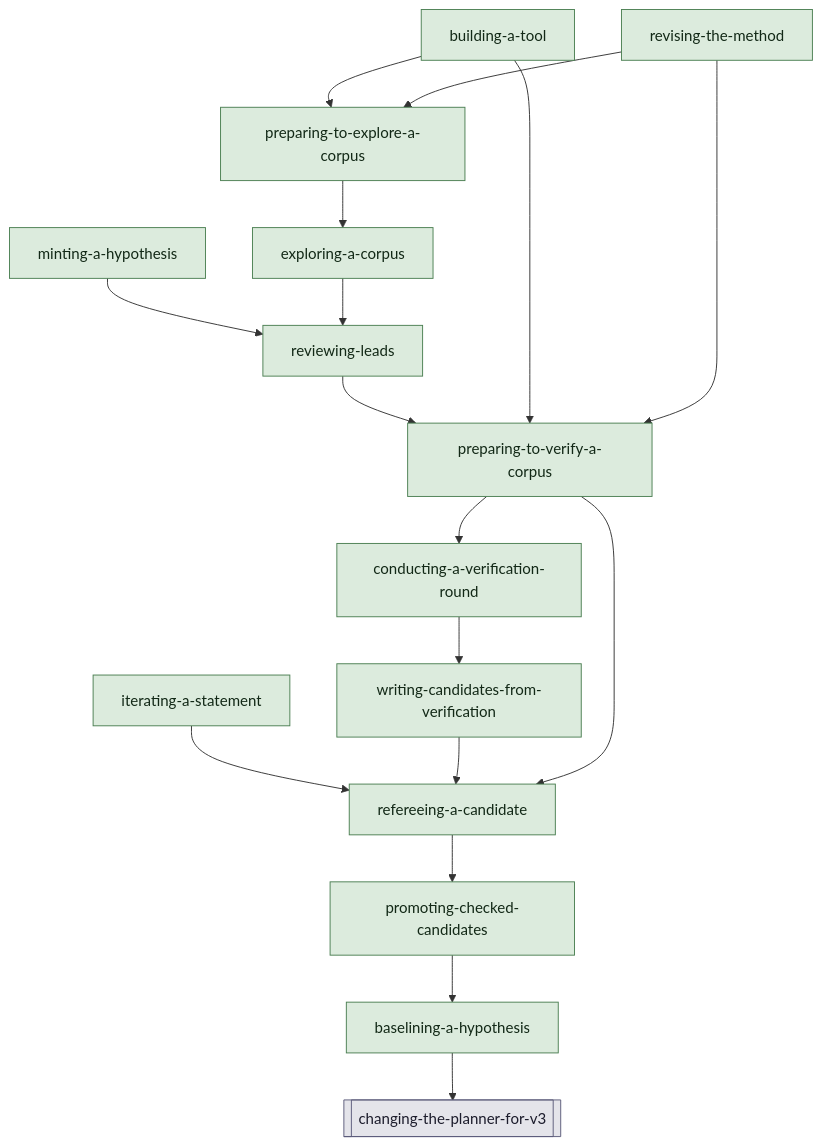
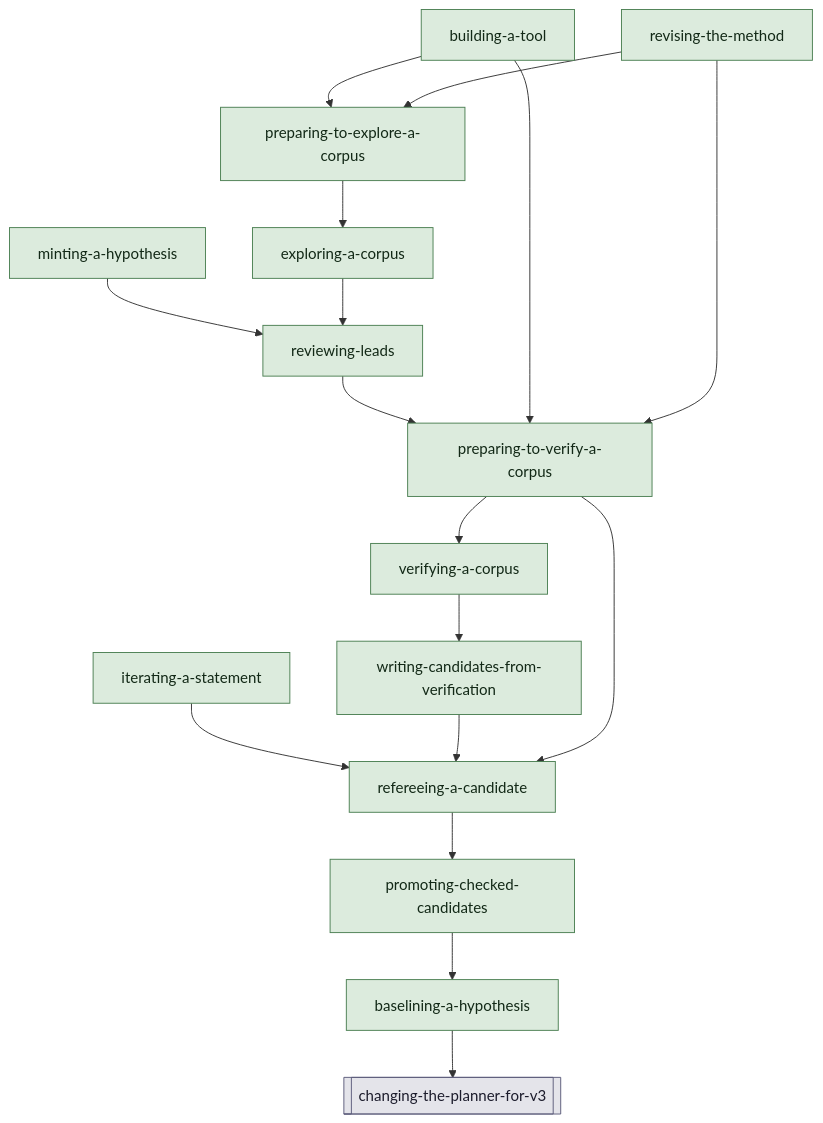
One commit to bc414/StoryPlanner changed the first of 15 diagrams in .claude/skills/v3-buildout-2/map.md. Above: the diagram before and after it, drawn with Mermaid. The commit also changed other lines of this file and 28 other files, not shown here.

````diff
--- a/.claude/skills/v3-buildout-2/map.md
+++ b/.claude/skills/v3-buildout-2/map.md
@@ -7,40 +7,40 @@
 ```mermaid
 flowchart TD
   classDef hitl fill:#e9d8e4,stroke:#7a3e6d,color:#2b1a27
   classDef session fill:#dce6f0,stroke:#3b5b7c,color:#14202c
   classDef agent fill:#f5e6c8,stroke:#b7791f,color:#3a2a08
   classDef artifact fill:#f6f6f4,stroke:#8a94a0,color:#2a2f36
   classDef activity fill:#dcebdd,stroke:#4b7f52,color:#122816
   classDef terminus fill:#e4e4ea,stroke:#5b5b7a,color:#1c1c2c
   changingtheplannerforv3[["changing-the-planner-for-v3"]]:::terminus
   baseliningahypothesis["baselining-a-hypothesis"]:::activity
   promotingcheckedcandidates["promoting-checked-candidates"]:::activity
   iteratingastatement["iterating-a-statement"]:::activity
   mintingahypothesis["minting-a-hypothesis"]:::activity
   refereeingacandidate["refereeing-a-candidate"]:::activity
   writingcandidatesfromverification["writing-candidates-from-verification"]:::activity
-  conductingaverificationround["conducting-a-verification-round"]:::activity
+  verifyingacorpus["verifying-a-corpus"]:::activity
   preparingtoverifyacorpus["preparing-to-verify-a-corpus"]:::activity
   reviewingleads["reviewing-leads"]:::activity
   exploringacorpus["exploring-a-corpus"]:::activity
   preparingtoexploreacorpus["preparing-to-explore-a-corpus"]:::activity
   buildingatool["building-a-tool"]:::activity
   revisingthemethod["revising-the-method"]:::activity
 
   baseliningahypothesis --> changingtheplannerforv3
   promotingcheckedcandidates --> baseliningahypothesis
   iteratingastatement --> refereeingacandidate
   mintingahypothesis --> reviewingleads
   refereeingacandidate --> promotingcheckedcandidates
   writingcandidatesfromverification --> refereeingacandidate
-  conductingaverificationround --> writingcandidatesfromverification
-  preparingtoverifyacorpus --> conductingaverificationround
+  verifyingacorpus --> writingcandidatesfromverification
+  preparingtoverifyacorpus --> verifyingacorpus
   preparingtoverifyacorpus --> refereeingacandidate
   reviewingleads --> preparingtoverifyacorpus
   exploringacorpus --> reviewingleads
   preparingtoexploreacorpus --> exploringacorpus
   buildingatool --> preparingtoexploreacorpus
   buildingatool --> preparingtoverifyacorpus
   revisingthemethod --> preparingtoexploreacorpus
   revisingthemethod --> preparingtoverifyacorpus
 ```
````
